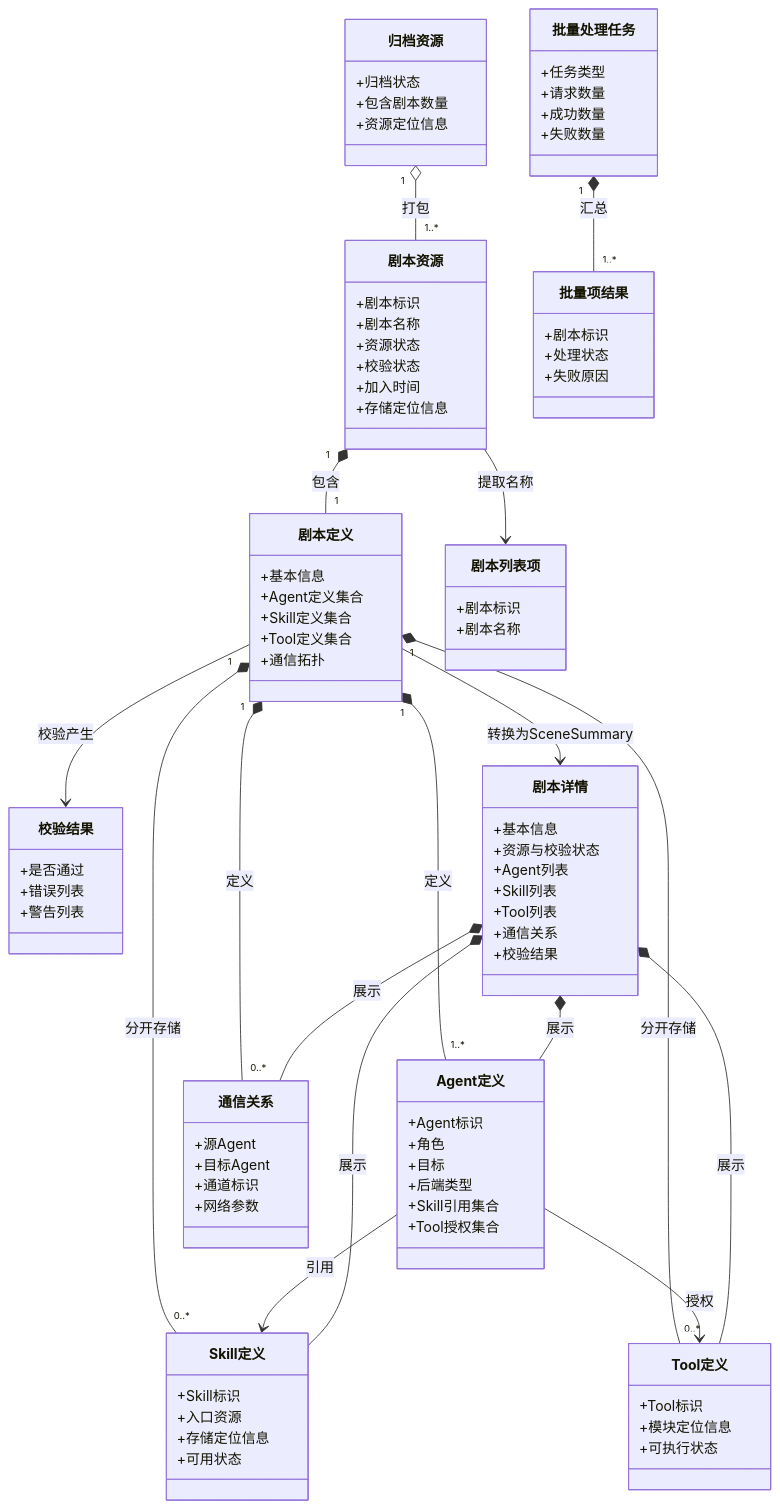
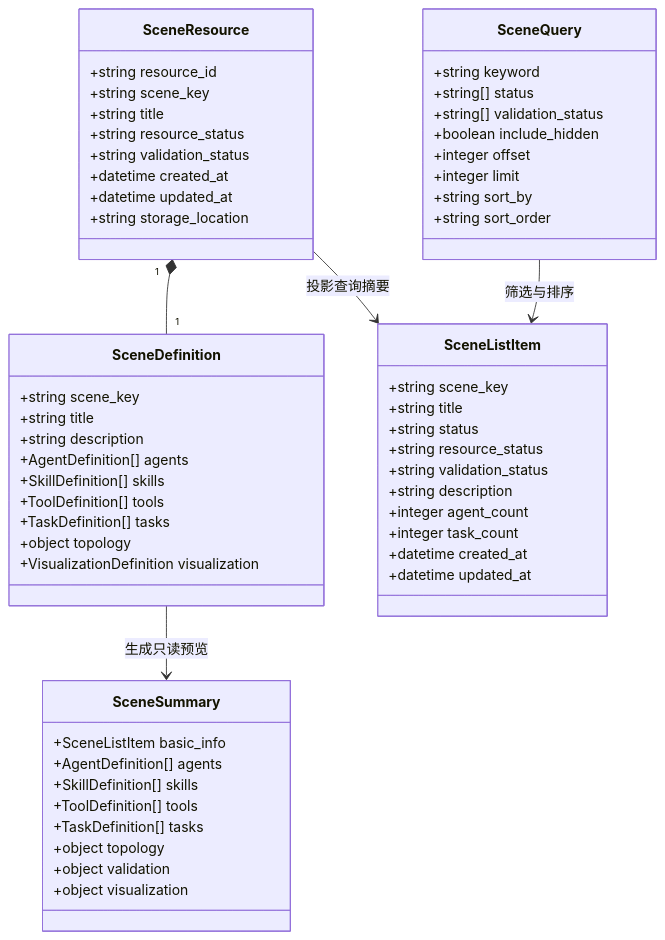
The first of 4 diagrams in docs/剧本管理设计.md (RIVERS0FT/AgentNetwork), drawn with Mermaid before and after one commit. The commit also changed other lines of this file, not shown here.

````diff
--- a/docs/剧本管理设计.md
+++ b/docs/剧本管理设计.md
@@ -157,105 +210,65 @@
 ```mermaid
 classDiagram
-    class 剧本资源 {
-        +剧本标识
-        +剧本名称
-        +资源状态
-        +校验状态
-        +加入时间
-        +存储定位信息
+    class SceneResource {
+        +string resource_id
+        +string scene_key
+        +string title
+        +string resource_status
+        +string validation_status
+        +datetime created_at
+        +datetime updated_at
+        +string storage_location
     }
 
-    class 剧本定义 {
-        +基本信息
-        +Agent定义集合
-        +Skill定义集合
-        +Tool定义集合
-        +通信拓扑
+    class SceneDefinition {
+        +string scene_key
+        +string title
+        +string description
+        +AgentDefinition[] agents
+        +SkillDefinition[] skills
+        +ToolDefinition[] tools
+        +TaskDefinition[] tasks
+        +object topology
+        +VisualizationDefinition visualization
     }
 
-    class Agent定义 {
-        +Agent标识
-        +角色
-        +目标
-        +后端类型
-        +Skill引用集合
-        +Tool授权集合
+    class SceneQuery {
+        +string keyword
+        +string[] status
+        +string[] validation_status
+        +boolean include_hidden
+        +integer offset
+        +integer limit
+        +string sort_by
+        +string sort_order
     }
 
-    class Skill定义 {
-        +Skill标识
-        +入口资源
-        +存储定位信息
-        +可用状态
+    class SceneListItem {
+        +string scene_key
+        +string title
+        +string status
+        +string resource_status
+        +string validation_status
+        +string description
+        +integer agent_count
+        +integer task_count
+        +datetime created_at
+        +datetime updated_at
     }
 
-    class Tool定义 {
-        +Tool标识
-        +模块定位信息
-        +可执行状态
+    class SceneSummary {
+        +SceneListItem basic_info
+        +AgentDefinition[] agents
+        +SkillDefinition[] skills
+        +ToolDefinition[] tools
+        +TaskDefinition[] tasks
+        +object topology
+        +object validation
+        +object visualization
     }
 
-    class 通信关系 {
-        +源Agent
-        +目标Agent
-        +通道标识
-        +网络参数
-    }
-
-    class 校验结果 {
-        +是否通过
-        +错误列表
-        +警告列表
-    }
-
-    class 剧本详情 {
-        +基本信息
-        +资源与校验状态
-        +Agent列表
-        +Skill列表
-        +Tool列表
-        +通信关系
-        +校验结果
-    }
-
-    class 剧本列表项 {
-        +剧本标识
-        +剧本名称
-    }
-
-    class 批量处理任务 {
-        +任务类型
-        +请求数量
-        +成功数量
-        +失败数量
-    }
-
-    class 批量项结果 {
-        +剧本标识
-        +处理状态
-        +失败原因
-    }
-
-    class 归档资源 {
-        +归档状态
-        +包含剧本数量
-        +资源定位信息
-    }
-
-    剧本资源 "1" *-- "1" 剧本定义 : 包含
-    剧本定义 "1" *-- "1..*" Agent定义 : 定义
-    剧本定义 "1" *-- "0..*" Skill定义 : 分开存储
-    剧本定义 "1" *-- "0..*" Tool定义 : 分开存储
-    剧本定义 "1" *-- "0..*" 通信关系 : 定义
-    Agent定义 --> Skill定义 : 引用
-    Agent定义 --> Tool定义 : 授权
-    剧本定义 --> 校验结果 : 校验产生
-    剧本定义 --> 剧本详情 : 转换为SceneSummary
-    剧本详情 *-- Agent定义 : 展示
-    剧本详情 *-- Skill定义 : 展示
-    剧本详情 *-- Tool定义 : 展示
-    剧本详情 *-- 通信关系 : 展示
-    剧本资源 --> 剧本列表项 : 提取名称
-    批量处理任务 "1" *-- "1..*" 批量项结果 : 汇总
-    归档资源 "1" o-- "1..*" 剧本资源 : 打包
+    SceneResource "1" *-- "1" SceneDefinition
+    SceneResource --> SceneListItem : 投影查询摘要
+    SceneDefinition --> SceneSummary : 生成只读预览
+    SceneQuery --> SceneListItem : 筛选与排序
 ```
````
